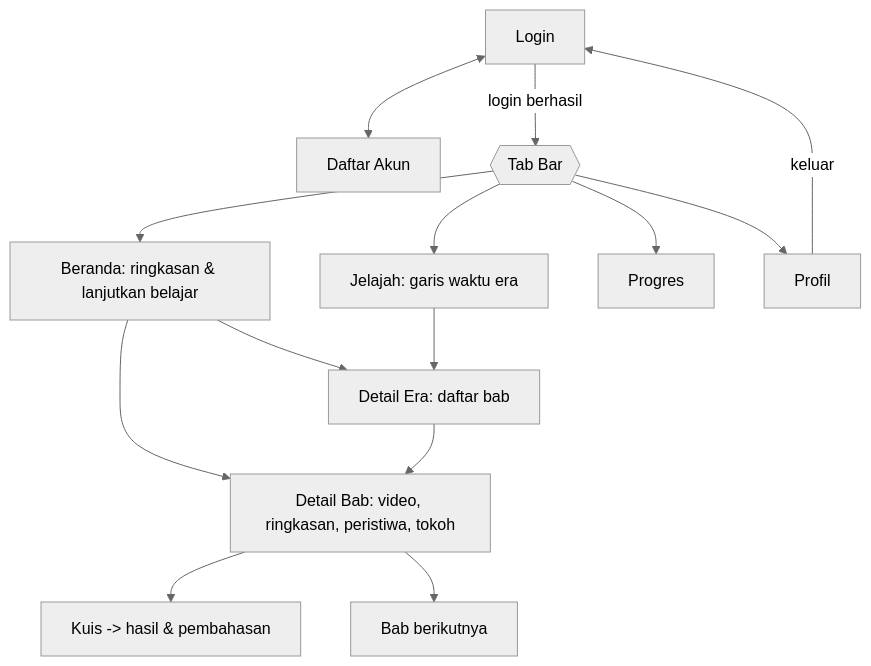
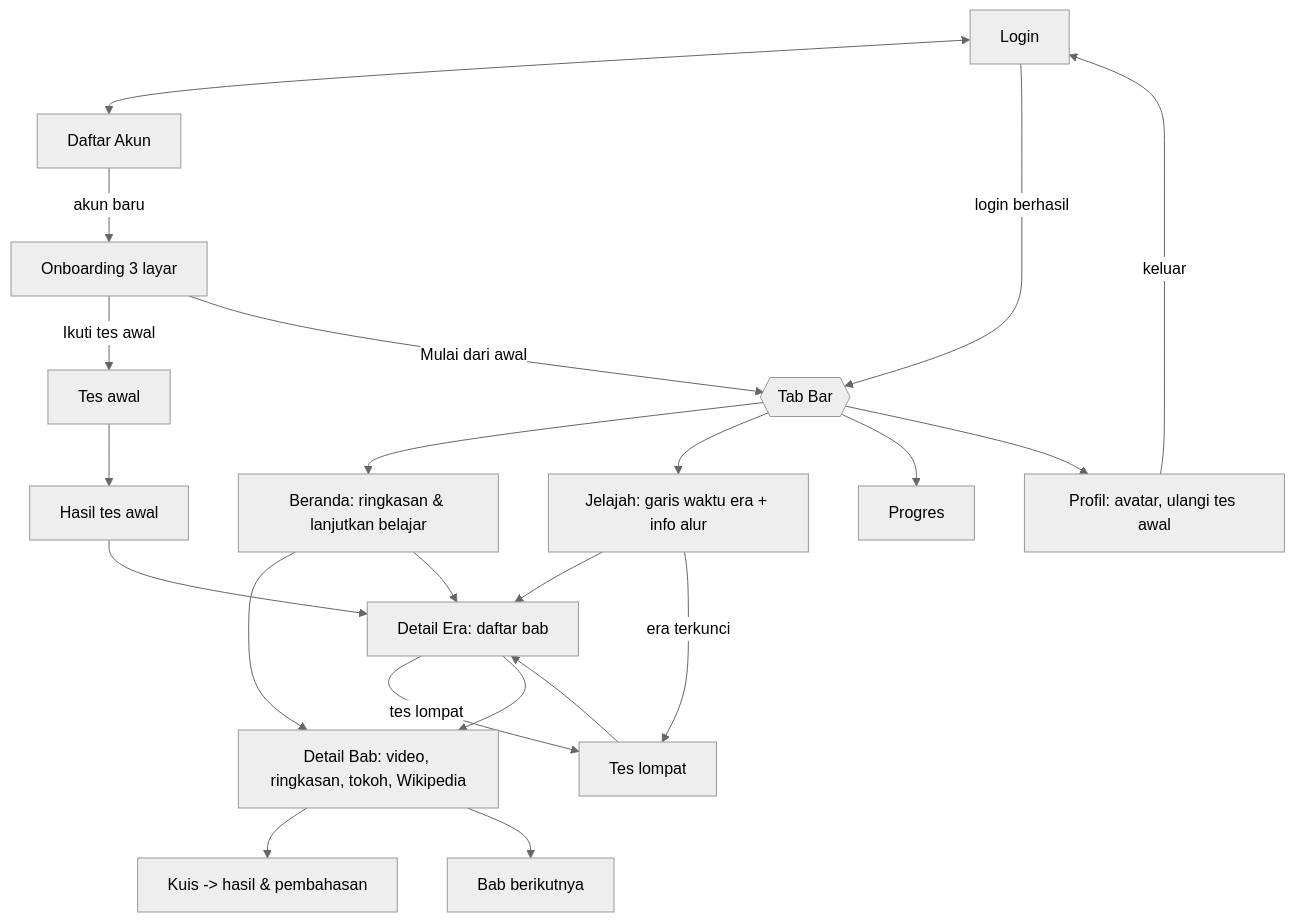
The diagram in mobile-app/README.md (settuce-c/The-History-Of-Indonesia-TST-x-PAWM-), drawn with Mermaid (neutral theme) before and after one commit. The commit also changed other lines of this file and 26 other files, not shown here.

First line of the commit message:
feat(mobile): onboarding, tes awal, tes lompat, avatar bawaan, Wikipedia, istilah netral

````diff
--- a/mobile-app/README.md
+++ b/mobile-app/README.md
@@ -8,16 +8,22 @@
 ```mermaid
 flowchart TD
   L[Login] <--> R[Daftar Akun]
+  R -- akun baru --> O[Onboarding 3 layar]
+  O -- Ikuti tes awal --> PT[Tes awal] --> PR[Hasil tes awal]
+  O -- Mulai dari awal --> T
+  PR --> E
   L -- login berhasil --> T{{Tab Bar}}
   T --> H[Beranda: ringkasan & lanjutkan belajar]
-  T --> B[Jelajah: garis waktu era]
+  T --> B[Jelajah: garis waktu era + info alur]
   T --> P[Progres]
-  T --> F[Profil]
+  T --> F[Profil: avatar, ulangi tes awal]
   H --> C
   H --> E
   B --> E[Detail Era: daftar bab]
-  E --> C[Detail Bab: video, ringkasan, peristiwa, tokoh]
+  B -- era terkunci --> TO[Tes lompat]
+  E -- tes lompat --> TO --> E
+  E --> C[Detail Bab: video, ringkasan, tokoh, Wikipedia]
   C --> Q[Kuis -> hasil & pembahasan]
   C --> C2[Bab berikutnya]
   F -- keluar --> L
 ```
````
